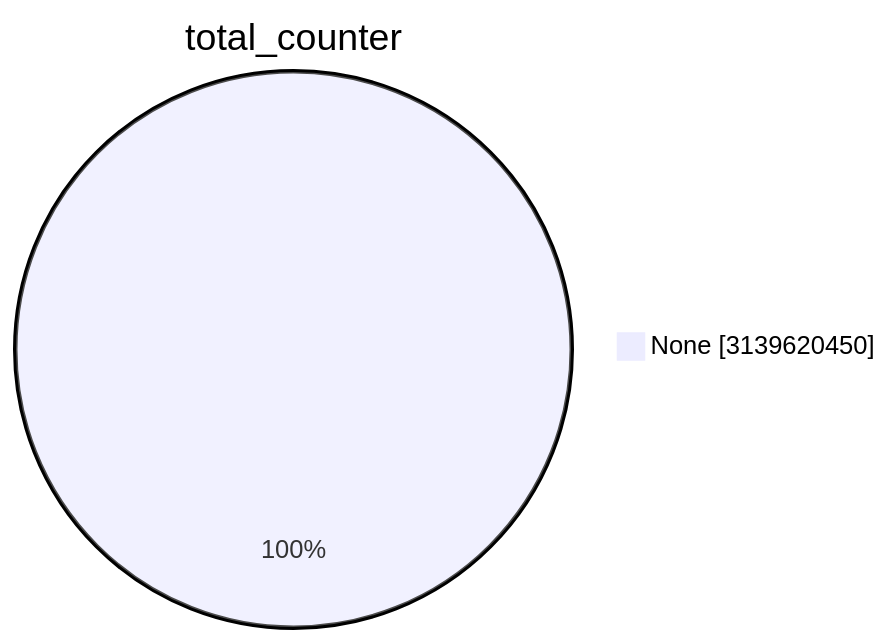
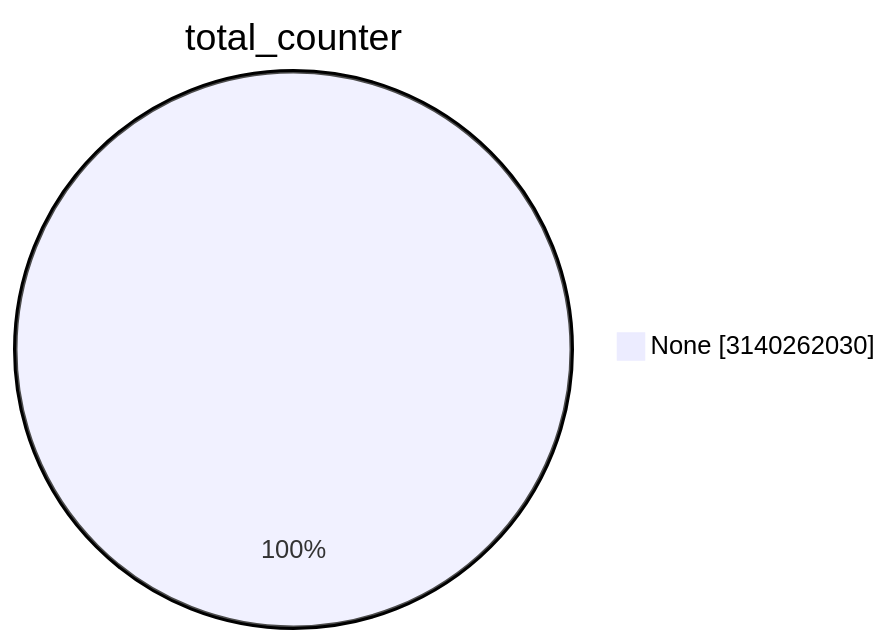
The first of 15 diagrams in TOTAL/README.md (christiankrug/ctmonitor_visualization), drawn with Mermaid before and after one commit. The commit also changed other lines of this file, not shown here.

````diff
--- a/TOTAL/README.md
+++ b/TOTAL/README.md
@@ -1,5 +1,5 @@
 ```mermaid
 pie showData
 title total_counter
-"None" :3139620450
+"None" :3140262030
 ```
````
